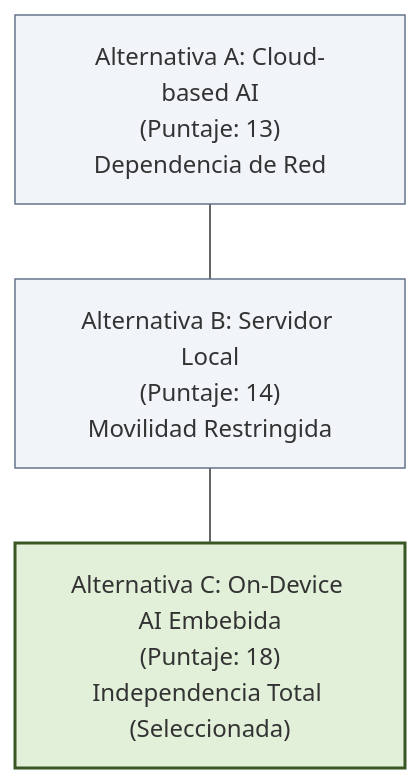
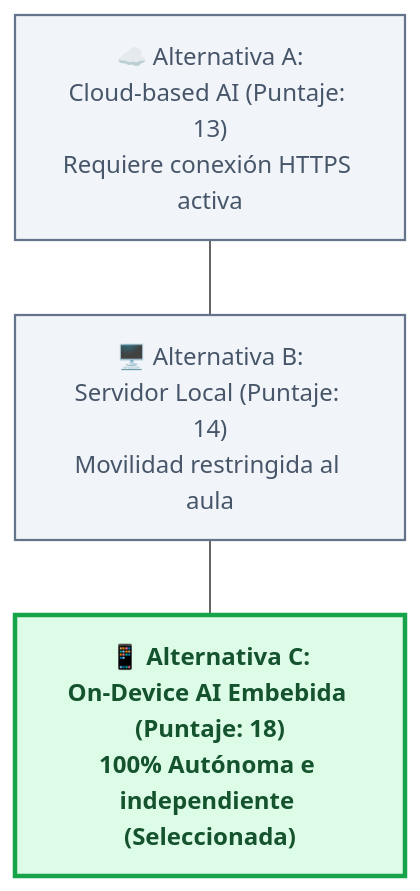
The third of 4 diagrams in docs/ChristianRafaelMamaniCallata/entregable2.md (jhanslarico11/Perfil-de-Egreso), drawn with Mermaid before and after one commit. The commit also changed other lines of this file and 4 other files, not shown here.

Commit message:
Personalización visual y estilización de los diagramas Mermaid

````diff
--- a/docs/ChristianRafaelMamaniCallata/entregable2.md
+++ b/docs/ChristianRafaelMamaniCallata/entregable2.md
@@ -184,12 +183,12 @@
 ```mermaid
 graph TD
-    classDef selected fill:#e2f0d9,stroke:#385723,stroke-width:2px;
-    classDef normal fill:#f1f5f9,stroke:#64748b;
+    classDef sel fill:#dcfce7,stroke:#16a34a,stroke-width:3px,color:#14532d,font-weight:bold;
+    classDef nor fill:#f1f5f9,stroke:#64748b,stroke-width:1.5px,color:#475569;
 
-    A["Alternativa A: Cloud-based AI<br>(Puntaje: 13)<br>Dependencia de Red"]:::normal
-    B["Alternativa B: Servidor Local<br>(Puntaje: 14)<br>Movilidad Restringida"]:::normal
-    C["Alternativa C: On-Device AI Embebida<br>(Puntaje: 18)<br>Independencia Total (Seleccionada)"]:::selected
+    A["☁️ Alternativa A:<br>Cloud-based AI (Puntaje: 13)<br>Requiere conexión HTTPS activa"]:::nor
+    B["🖥️ Alternativa B:<br>Servidor Local (Puntaje: 14)<br>Movilidad restringida al aula"]:::nor
+    C["📱 Alternativa C:<br>On-Device AI Embebida (Puntaje: 18)<br>100% Autónoma e independiente (Seleccionada)"]:::sel
 
     A --- B
     B --- C
 ```
````
